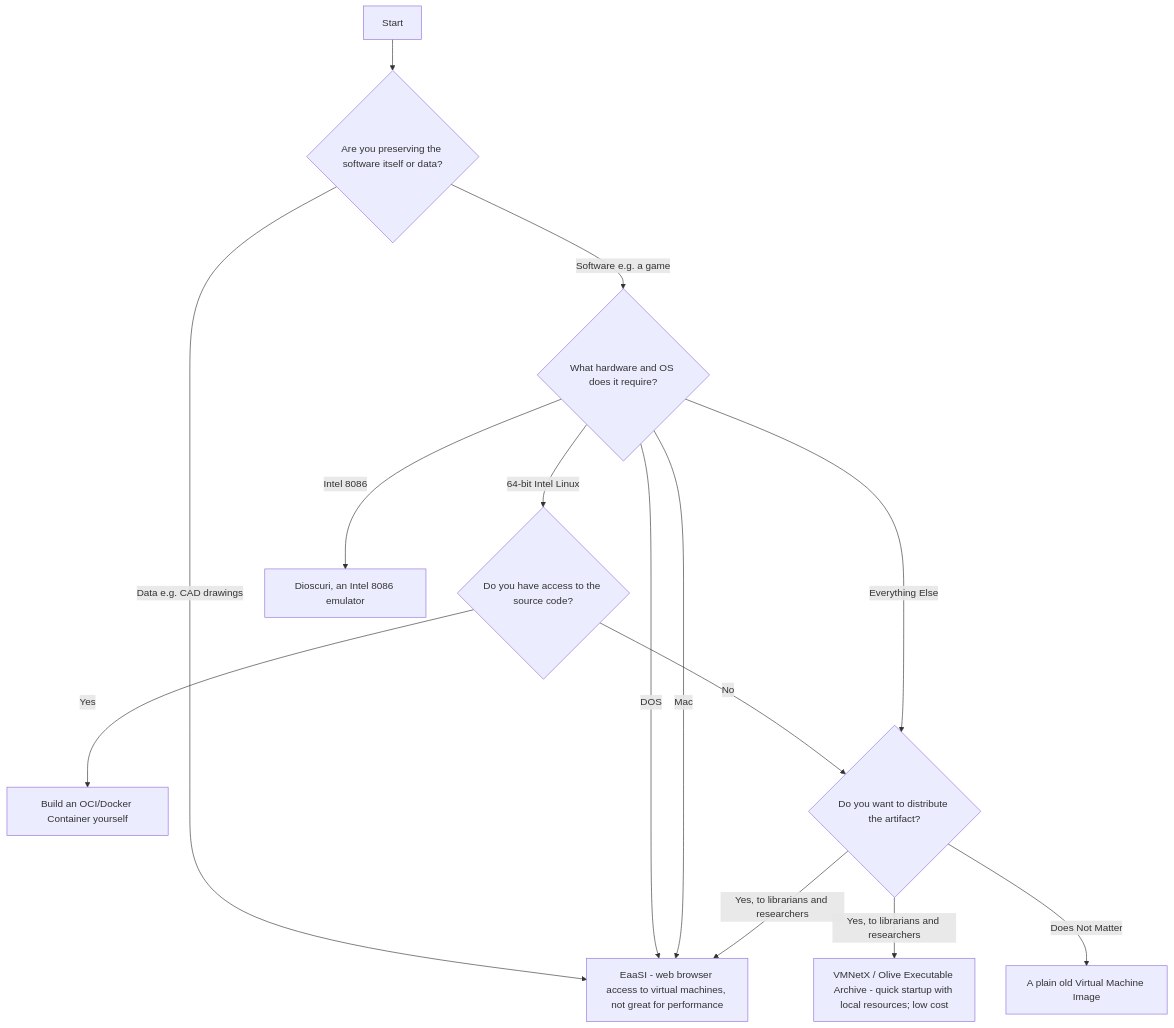
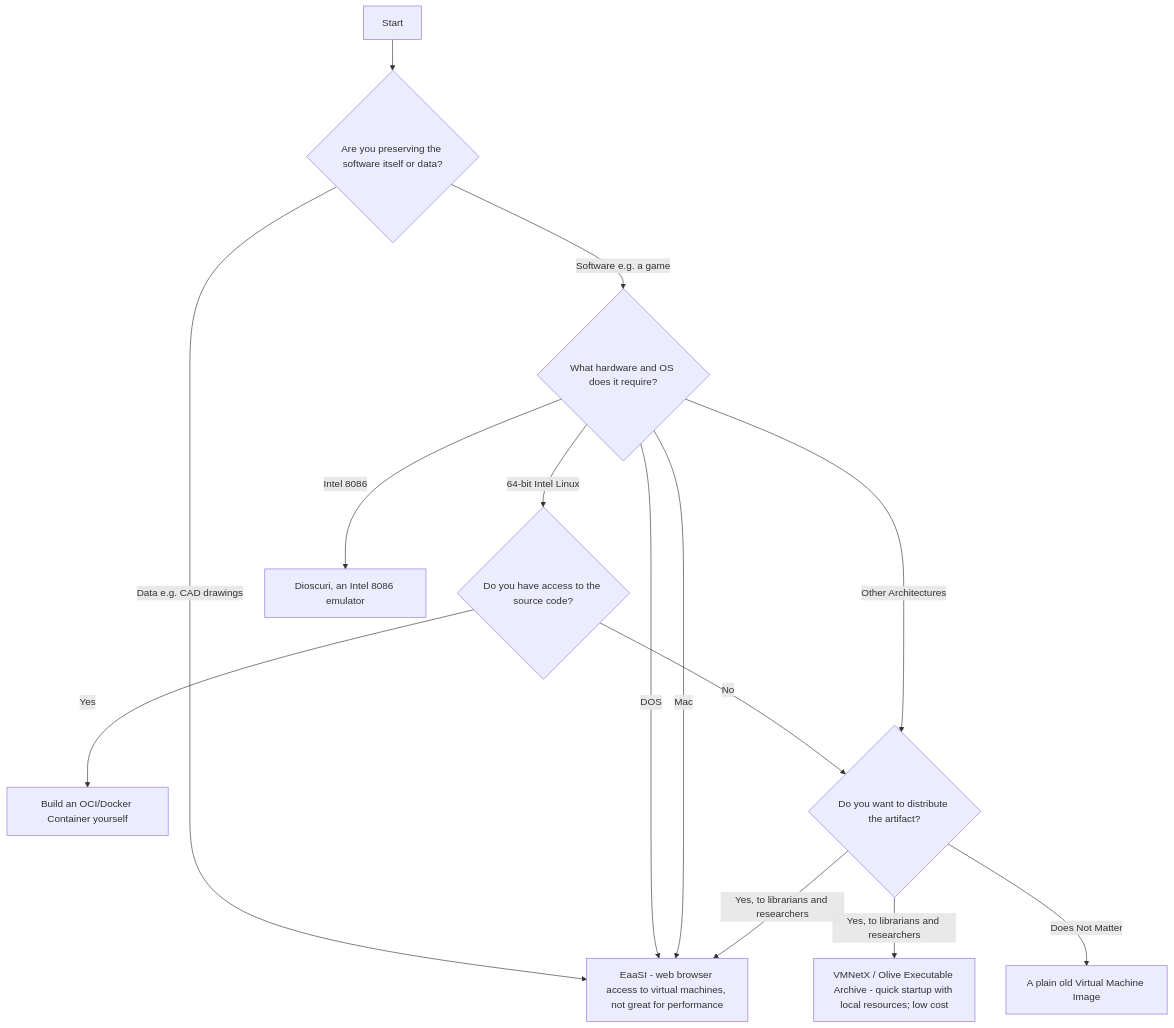
One commit to gt-ospo/oss-software-preservation changed the diagram in software-sustainability-best-practices.md. Above: the diagram before and after it, drawn with Mermaid. The commit also changed other lines of this file, not shown here.

````diff
--- a/software-sustainability-best-practices.md
+++ b/software-sustainability-best-practices.md
@@ -12,26 +12,26 @@
 ```mermaid
 flowchart TD
     start[Start]
     start --> body
     body{Are you preserving the software itself or data?}
     body -->|Software e.g. a game| build
     body -->|Data e.g. CAD drawings| eaasi
     src{Do you have access to the source code?}
     src -->|Yes| build-oci
     src -->|No| distrib
     build{What hardware and OS does it require?}
     build -->|64-bit Intel Linux| src
     build -->|Intel 8086| dioscuri
     build-oci[Build an OCI/Docker Container yourself]
     dioscuri[Dioscuri, an Intel 8086 emulator]
     build -->|DOS| eaasi
     build -->|Mac| eaasi
-    build -->|Everything Else| distrib
+    build -->|Other Architectures| distrib
     distrib{Do you want to distribute the artifact?}
     distrib -->|Yes, to librarians and researchers| eaasi
     distrib -->|Yes, to librarians and researchers| vmnetx
     distrib -->|Does Not Matter| plain_vm
     eaasi[EaaSI - web browser access to virtual machines, not great for performance]
     plain_vm[A plain old Virtual Machine Image]
     vmnetx[VMNetX / Olive Executable Archive - quick startup with local resources; low cost]
 ```
````
